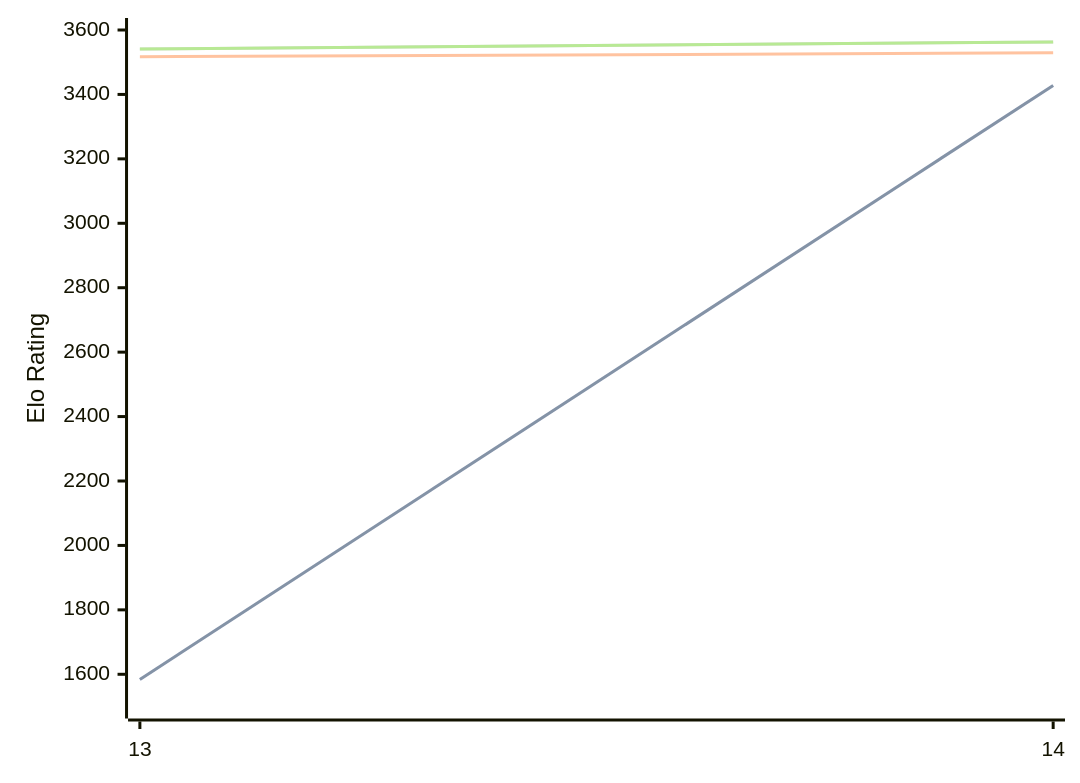
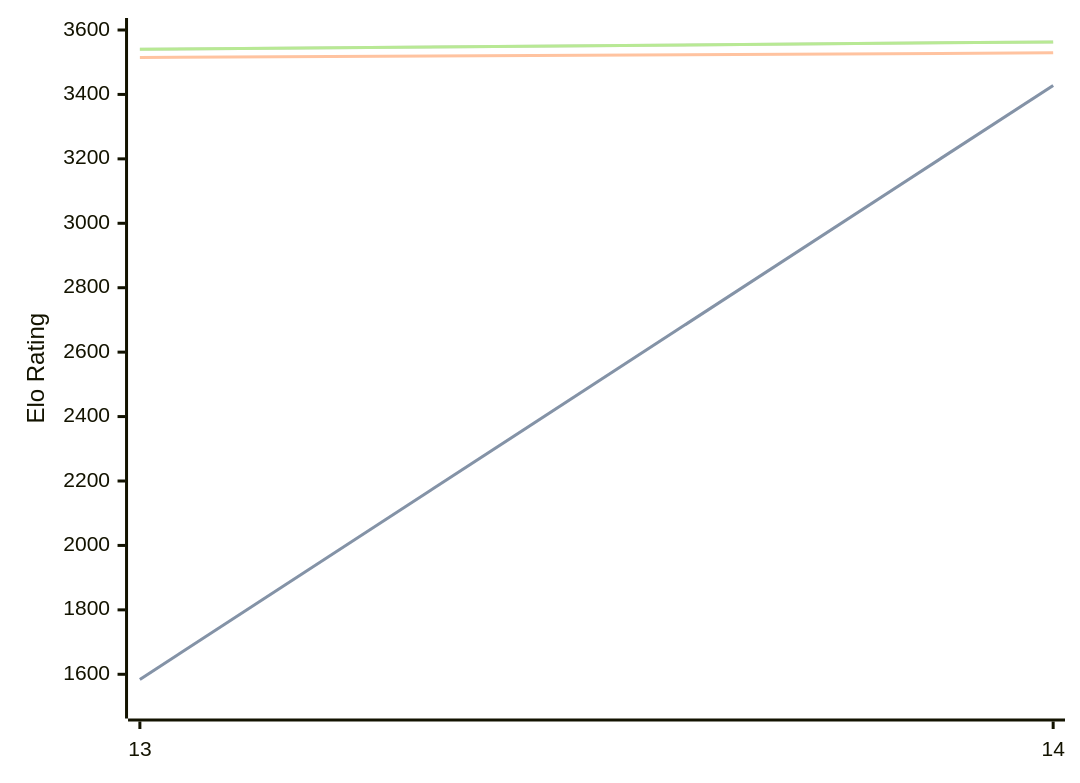
The third of 3 diagrams in engines/Berserk.md (computer-chess-index/cci), drawn with Mermaid before and after one commit. The commit also changed other lines of this file, not shown here.

Commit message:
Update CCI Ratings (ELO VLTC) - 2026-07-15

````diff
--- a/engines/Berserk.md
+++ b/engines/Berserk.md
@@ -96,11 +96,11 @@
 ```mermaid
 %%{init: {"theme":"base","themeVariables":{"seriesColors:['#a3a3a3','#222221','#faa371']}}}%%
 xychart-beta
   x-axis ["13", "14"]
   y-axis "Elo Rating" 1500 --> 3600
   line "STC (8.0+0.08s)" [1584, 3428]
   line "STC (8.0+0.08s)" [1584, 3428]
-  line "LTC (60.0+0.60s)" [3517, 3529]
-  line "VLTC (2m24s+1.12s)" [3541, 3563]
-  line "VLTC (2m24s+1.12s)" [3541, 3563]
+  line "LTC (60.0+0.60s)" [3515, 3529]
+  line "VLTC (2m24s+1.12s)" [3540, 3563]
+  line "VLTC (2m24s+1.12s)" [3540, 3563]
 ```
````
